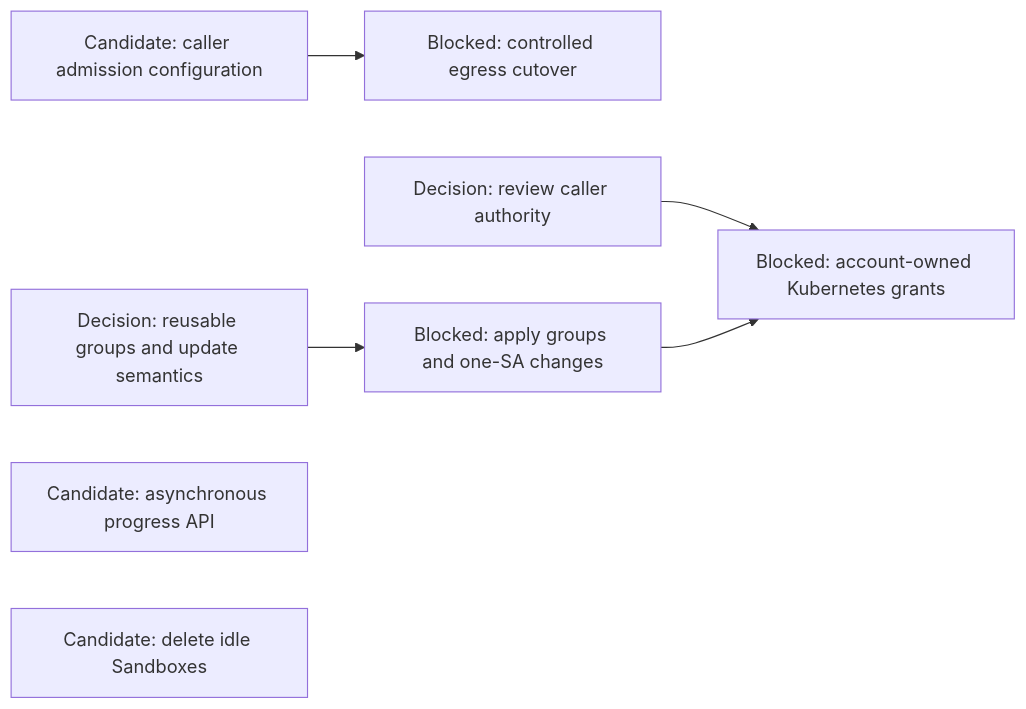
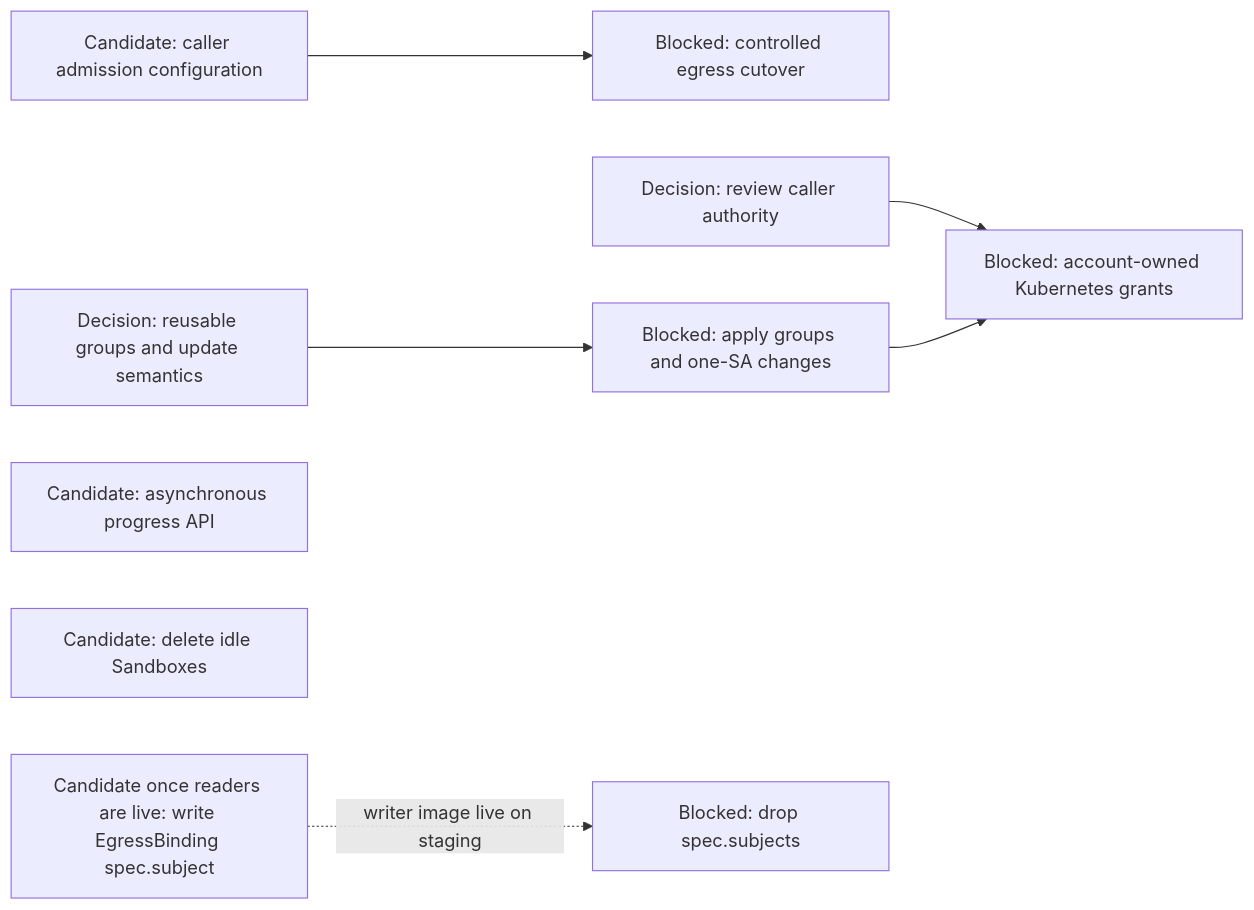
The seventh of 13 diagrams in agentplane/plans/task_dag.md (agentydragon/ducktape), drawn with Mermaid before and after one commit. The commit also changed other lines of this file and 11 other files, not shown here.

````diff
--- a/agentplane/plans/task_dag.md
+++ b/agentplane/plans/task_dag.md
@@ -429,9 +429,10 @@
 ```mermaid
 flowchart LR
     PC_EGRESS_CREDENTIALS[Candidate: caller admission configuration] --> PC_EGRESS[Blocked: controlled egress cutover]
     CLAUDE_AI_SA[Decision: review caller authority] --> MANAGED_SA_RBAC[Blocked: account-owned Kubernetes grants]
     KUBERNETES_RBAC_POLICIES[Decision: reusable groups and update semantics] --> KUBERNETES_RBAC_POLICY_BINDINGS[Blocked: apply groups and one-SA changes]
     KUBERNETES_RBAC_POLICY_BINDINGS --> MANAGED_SA_RBAC
     BOOTSTRAP_PROGRESS_CONTRACT[Candidate: asynchronous progress API]
     SANDBOX_IDLE_EXPIRY[Candidate: delete idle Sandboxes]
+    BINDING_SUBJECT_WRITERS[Candidate once readers are live: write EgressBinding spec.subject] -. writer image live on staging .-> BINDING_SUBJECTS_RETIRE[Blocked: drop spec.subjects]
 ```
````
